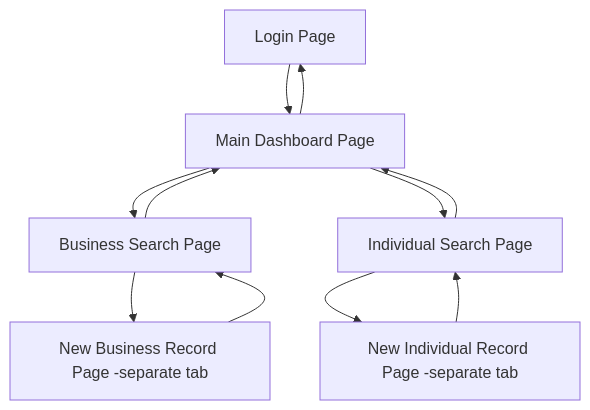
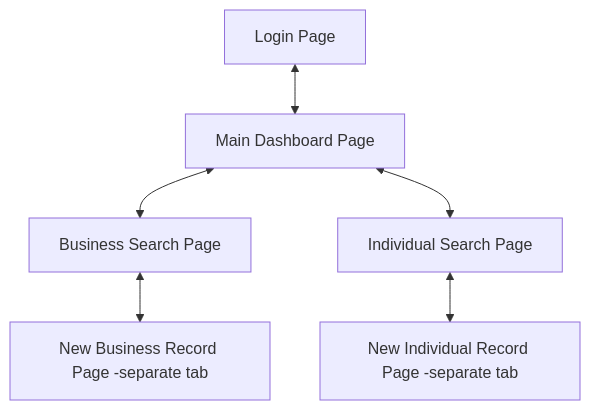
The diagram in diagram/uiPageFlow.mmd (OptionsIRCIL/indigo), drawn with Mermaid before and after one commit.

Commit message:
Change arrows in uiPageFlow to be bidirectional

```diff
--- a/diagram/uiPageFlow.mmd
+++ b/diagram/uiPageFlow.mmd
@@ -1,11 +1,6 @@
 flowchart TD
-    A[Login Page] --> B[Main Dashboard Page]
-    B --> A
-    B --> C[Business Search Page]
-    B --> D[Individual Search Page]
-    C --> B
-    D --> B
-    C --> E[New Business Record Page -separate tab]
-    E --> C
-    D --> F[New Individual Record Page -separate tab]
-    F --> D
+    A[Login Page] <--> B[Main Dashboard Page]
+    B <--> C[Business Search Page]
+    B <--> D[Individual Search Page]
+    C <--> E[New Business Record Page -separate tab]
+    D <--> F[New Individual Record Page -separate tab]
```
